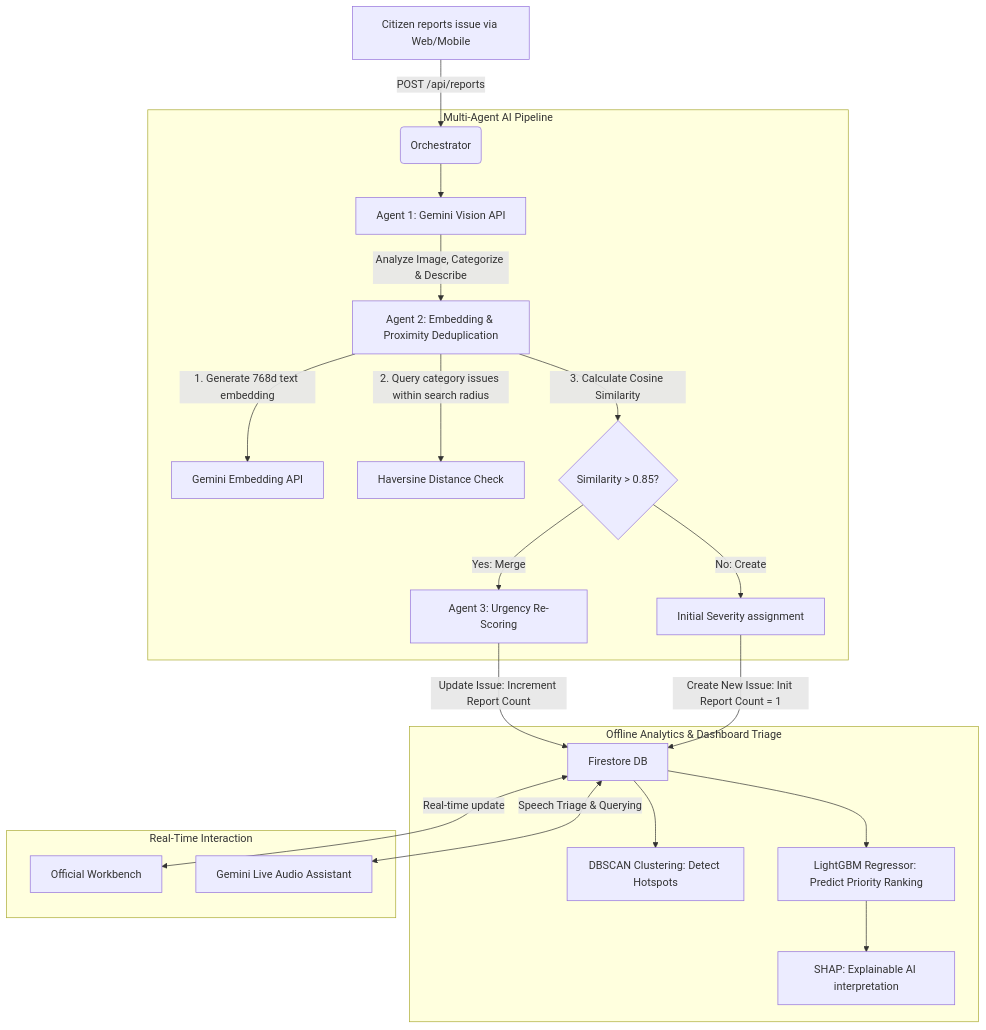
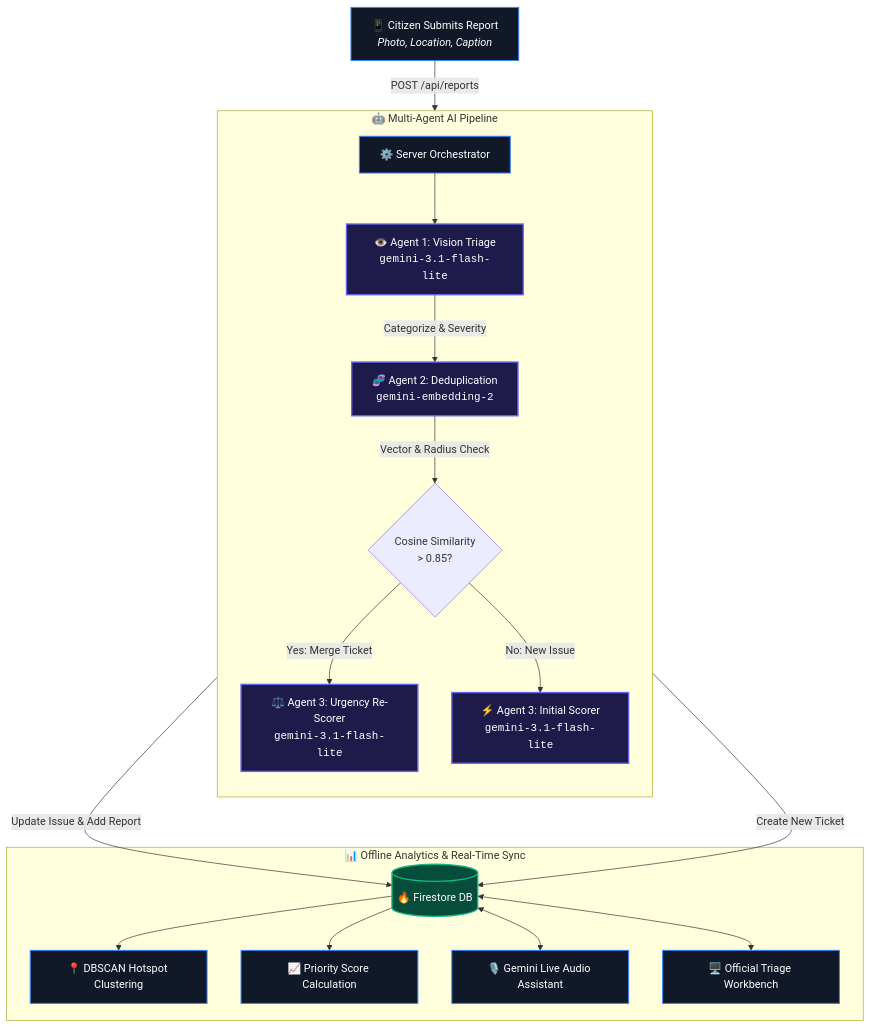
Before and after one commit to kingspy89/vibe2ship: the diagram in README.md, drawn with Mermaid.

Commit message:
docs: update system architecture diagram with refined multi-agent pipeline workflow and styling

````diff
--- a/README.md
+++ b/README.md
@@ -38,28 +38,33 @@
 ```mermaid
 flowchart TD
-    A[Citizen reports issue via Web/Mobile] -->|POST /api/reports| B(Orchestrator)
+    A[📱 Citizen Submits Report<br/><i>Photo, Location, Caption</i>] -->|POST /api/reports| B[⚙️ Server Orchestrator]
     
-    subgraph Multi-Agent AI Pipeline
-        B --> C[Agent 1: Gemini Vision API]
-        C -->|Analyze Image, Categorize & Describe| D[Agent 2: Embedding & Proximity Deduplication]
-        D -->|1. Generate 768d text embedding| E[Gemini Embedding API]
-        D -->|2. Query category issues within search radius| F[Haversine Distance Check]
-        D -->|3. Calculate Cosine Similarity| G{Similarity > 0.85?}
-        G -->|Yes: Merge| H[Agent 3: Urgency Re-Scoring]
-        G -->|No: Create| I[Initial Severity assignment]
+    subgraph Pipeline ["🤖 Multi-Agent AI Pipeline"]
+        direction TD
+        B --> C[👁️ Agent 1: Vision Triage<br/><code>gemini-3.1-flash-lite</code>]
+        C -->|Categorize & Severity| D[🧬 Agent 2: Deduplication<br/><code>gemini-embedding-2</code>]
+        
+        D -->|Vector & Radius Check| E{Cosine Similarity<br/>> 0.85?}
+        
+        E -->|Yes: Merge Ticket| F[⚖️ Agent 3: Urgency Re-Scorer<br/><code>gemini-3.1-flash-lite</code>]
+        E -->|No: New Issue| G[⚡ Agent 3: Initial Scorer<br/><code>gemini-3.1-flash-lite</code>]
     end
+
+    F -->|Update Issue & Add Report| H[(🔥 Firestore DB)]
+    G -->|Create New Ticket| H
+
+    subgraph Analytics ["📊 Offline Analytics & Real-Time Sync"]
+        H --> I[📍 DBSCAN Hotspot Clustering]
+        H --> J[📈 Priority Score Calculation]
+        H <--> K[🎙️ Gemini Live Audio Assistant]
+        H <--> L[🖥️ Official Triage Workbench]
+    end
+
+    classDef agentStyle fill:#1e1b4b,stroke:#6366f1,stroke-width:2px,color:#fff;
+    classDef dbStyle fill:#064e3b,stroke:#10b981,stroke-width:2px,color:#fff;
+    classDef mainStyle fill:#111827,stroke:#3b82f6,stroke-width:1.5px,color:#fff;
     
-    H -->|Update Issue: Increment Report Count| J[Firestore DB]
-    I -->|Create New Issue: Init Report Count = 1| J
-    
-    subgraph Offline Analytics & Dashboard Triage
-        J --> K[DBSCAN Clustering: Detect Hotspots]
-        J --> L[LightGBM Regressor: Predict Priority Ranking]
-        L --> M[SHAP: Explainable AI interpretation]
-    end
-    
-    subgraph Real-Time Interaction
-        J <-->|Real-time update| N[Official Workbench]
-        J <-->|Speech Triage & Querying| O[Gemini Live Audio Assistant]
-    end
+    class C,D,F,G agentStyle;
+    class H dbStyle;
+    class A,B,I,J,K,L mainStyle;
 ```
````
